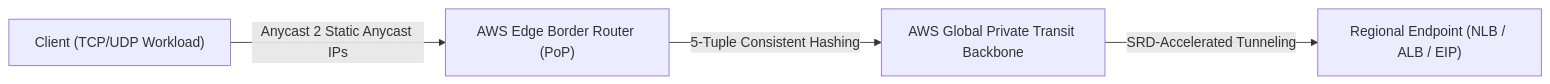
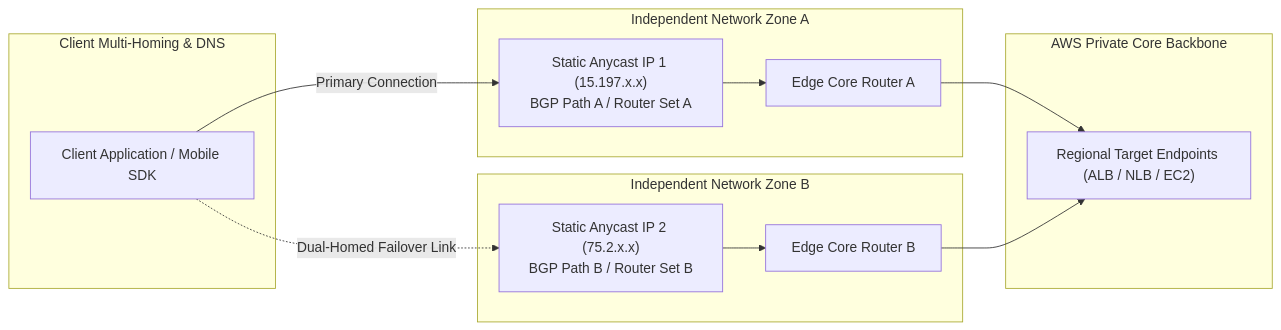
The second of 9 diagrams in docs/modules/25-cloudfront-global-accelerator.md (robertusnegoro/cloud-network-learning-materials), drawn with Mermaid before and after one commit. The commit also changed other lines of this file and 11 other files, not shown here.

First line of the commit message:
feat(aga): add AWS Global Accelerator deep-dive, interactive Anycast simulator, and Lab 08 IaC

````diff
--- a/docs/modules/25-cloudfront-global-accelerator.md
+++ b/docs/modules/25-cloudfront-global-accelerator.md
@@ -84,6 +90,23 @@
 ```mermaid
 graph LR
-    Client["Client (TCP/UDP Workload)"] -->|"Anycast 2 Static Anycast IPs"| EdgeRouter["AWS Edge Border Router (PoP)"]
-    EdgeRouter -->|"5-Tuple Consistent Hashing"| GW_Transit["AWS Global Private Transit Backbone"]
-    GW_Transit -->|"SRD-Accelerated Tunneling"| RegionalNLB["Regional Endpoint (NLB / ALB / EIP)"]
+    subgraph ClientResolver["Client Multi-Homing & DNS"]
+        ClientApp["Client Application / Mobile SDK"]
+    end
+
+    subgraph INZ_A["Independent Network Zone A"]
+        IP1["Static Anycast IP 1 (15.197.x.x)<br/>BGP Path A / Router Set A"]
+        PoP_A["Edge Core Router A"]
+    end
+
+    subgraph INZ_B["Independent Network Zone B"]
+        IP2["Static Anycast IP 2 (75.2.x.x)<br/>BGP Path B / Router Set B"]
+        PoP_B["Edge Core Router B"]
+    end
+
+    subgraph AWS_Core["AWS Private Core Backbone"]
+        CoreMesh["Regional Target Endpoints (ALB / NLB / EC2)"]
+    end
+
+    ClientApp -->|"Primary Connection"| IP1 --> PoP_A --> CoreMesh
+    ClientApp -.->|"Dual-Homed Failover Link"| IP2 --> PoP_B --> CoreMesh
 ```
````
